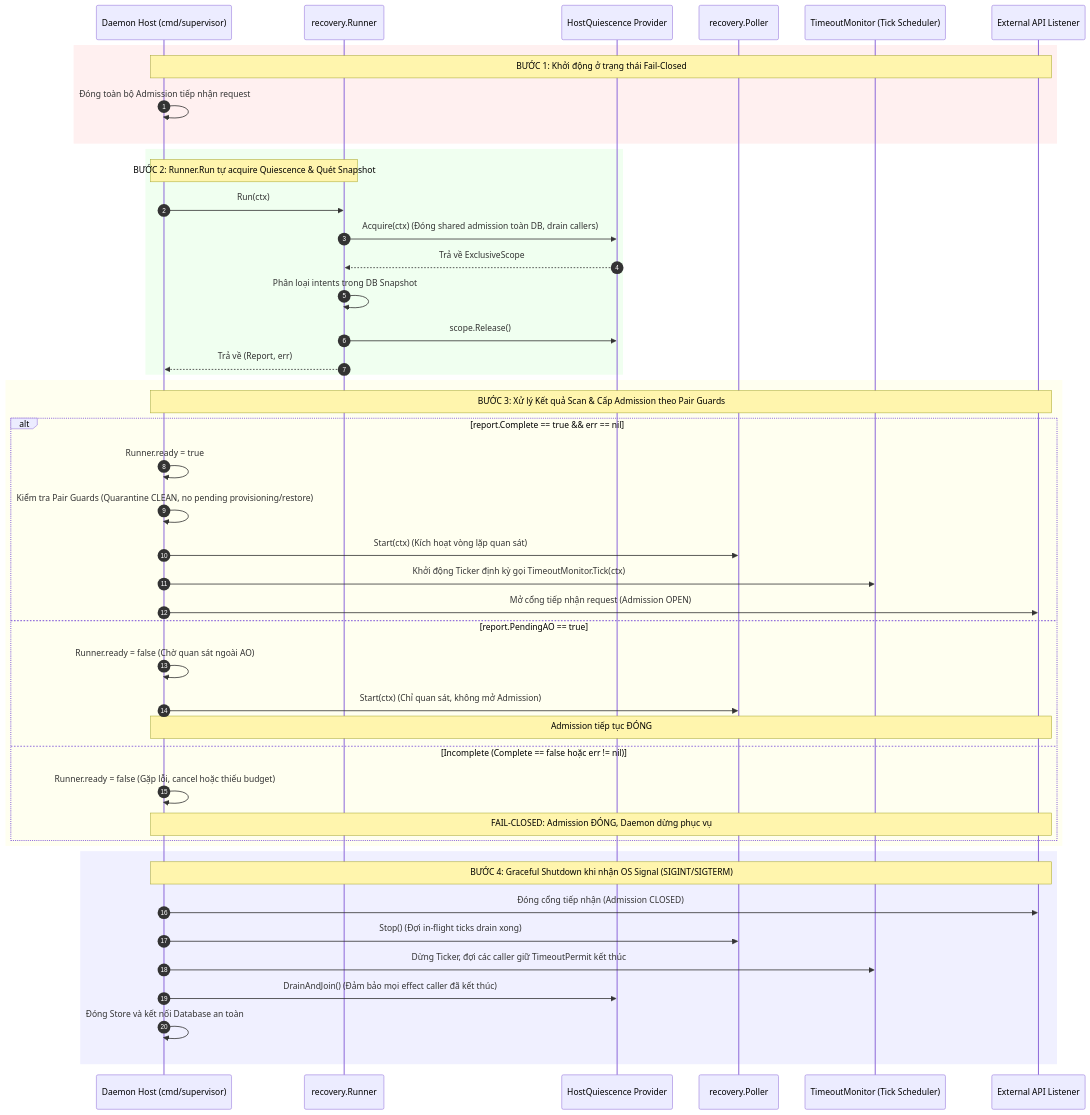
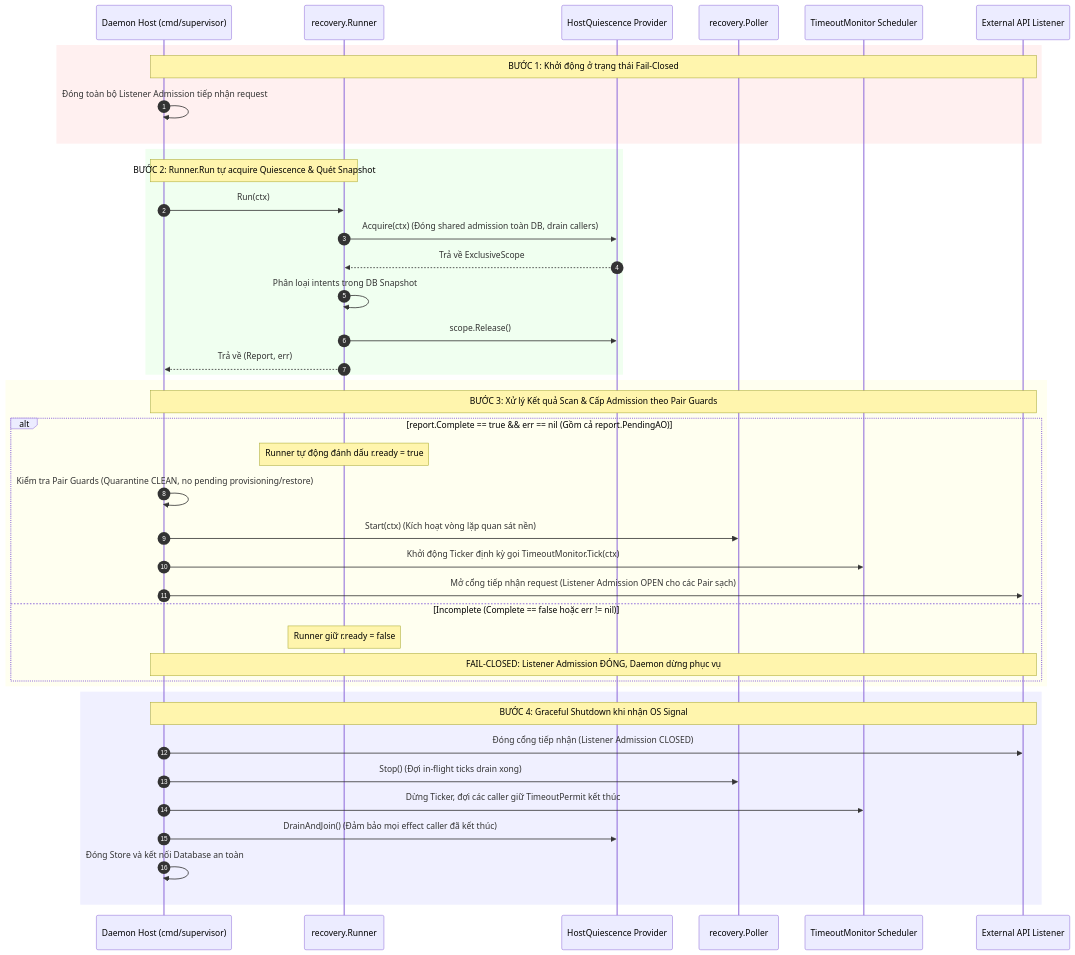
One commit to trungqwe/ai-supervisor changed the diagram in docs/plans/PLAN-HOST-INTEGRATION-DEPENDENCY.md. Above: the diagram before and after it, drawn with Mermaid. The commit also changed other lines of this file and 4 other files, not shown here.

````diff
--- a/docs/plans/PLAN-HOST-INTEGRATION-DEPENDENCY.md
+++ b/docs/plans/PLAN-HOST-INTEGRATION-DEPENDENCY.md
@@ -90,52 +94,48 @@
 ```mermaid
 sequenceDiagram
     autonumber
     participant Host as Daemon Host (cmd/supervisor)
     participant Runner as recovery.Runner
     participant HQ as HostQuiescence Provider
     participant Poller as recovery.Poller
-    participant TM as TimeoutMonitor (Tick Scheduler)
+    participant TM as TimeoutMonitor Scheduler
     participant Listener as External API Listener
 
     rect rgb(255, 240, 240)
     Note over Host,Listener: BƯỚC 1: Khởi động ở trạng thái Fail-Closed
-    Host->>Host: Đóng toàn bộ Admission tiếp nhận request
+    Host->>Host: Đóng toàn bộ Listener Admission tiếp nhận request
     end
 
     rect rgb(240, 255, 240)
     Note over Host,Runner: BƯỚC 2: Runner.Run tự acquire Quiescence & Quét Snapshot
     Host->>Runner: Run(ctx)
     Runner->>HQ: Acquire(ctx) (Đóng shared admission toàn DB, drain callers)
     HQ-->>Runner: Trả về ExclusiveScope
     Runner->>Runner: Phân loại intents trong DB Snapshot
     Runner->>HQ: scope.Release()
     Runner-->>Host: Trả về (Report, err)
     end
 
     rect rgb(255, 255, 240)
     Note over Host,Listener: BƯỚC 3: Xử lý Kết quả Scan & Cấp Admission theo Pair Guards
-    alt report.Complete == true && err == nil
-        Host->>Host: Runner.ready = true
+    alt report.Complete == true && err == nil (Gồm cả report.PendingAO)
+        Note over Runner: Runner tự động đánh dấu r.ready = true
         Host->>Host: Kiểm tra Pair Guards (Quarantine CLEAN, no pending provisioning/restore)
-        Host->>Poller: Start(ctx) (Kích hoạt vòng lặp quan sát)
+        Host->>Poller: Start(ctx) (Kích hoạt vòng lặp quan sát nền)
         Host->>TM: Khởi động Ticker định kỳ gọi TimeoutMonitor.Tick(ctx)
-        Host->>Listener: Mở cổng tiếp nhận request (Admission OPEN)
-    else report.PendingAO == true
-        Host->>Host: Runner.ready = false (Chờ quan sát ngoài AO)
-        Host->>Poller: Start(ctx) (Chỉ quan sát, không mở Admission)
-        Note over Host,Listener: Admission tiếp tục ĐÓNG
+        Host->>Listener: Mở cổng tiếp nhận request (Listener Admission OPEN cho các Pair sạch)
     else Incomplete (Complete == false hoặc err != nil)
-        Host->>Host: Runner.ready = false (Gặp lỗi, cancel hoặc thiếu budget)
-        Note over Host,Listener: FAIL-CLOSED: Admission ĐÓNG, Daemon dừng phục vụ
+        Note over Runner: Runner giữ r.ready = false
+        Note over Host,Listener: FAIL-CLOSED: Listener Admission ĐÓNG, Daemon dừng phục vụ
     end
     end
 
     rect rgb(240, 240, 255)
-    Note over Host,Listener: BƯỚC 4: Graceful Shutdown khi nhận OS Signal (SIGINT/SIGTERM)
-    Host->>Listener: Đóng cổng tiếp nhận (Admission CLOSED)
+    Note over Host,Listener: BƯỚC 4: Graceful Shutdown khi nhận OS Signal
+    Host->>Listener: Đóng cổng tiếp nhận (Listener Admission CLOSED)
     Host->>Poller: Stop() (Đợi in-flight ticks drain xong)
     Host->>TM: Dừng Ticker, đợi các caller giữ TimeoutPermit kết thúc
     Host->>HQ: DrainAndJoin() (Đảm bảo mọi effect caller đã kết thúc)
     Host->>Host: Đóng Store và kết nối Database an toàn
     end
 ```
````
